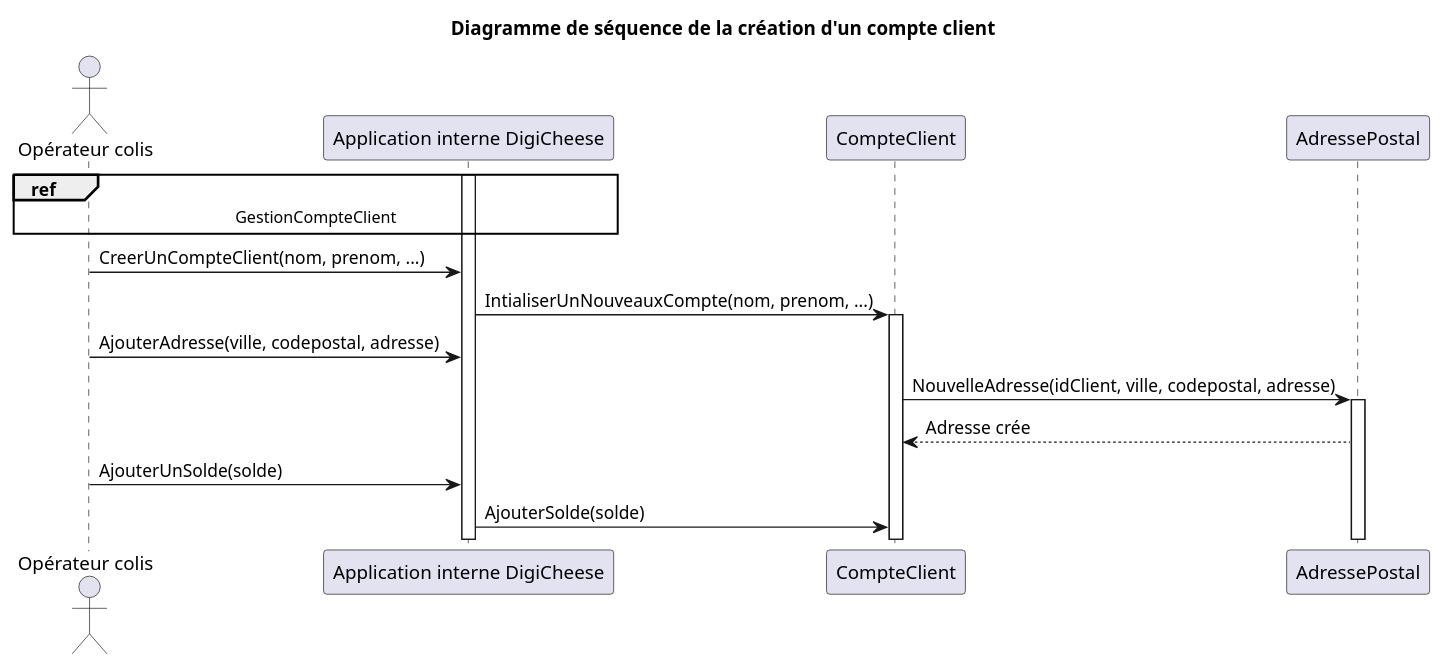
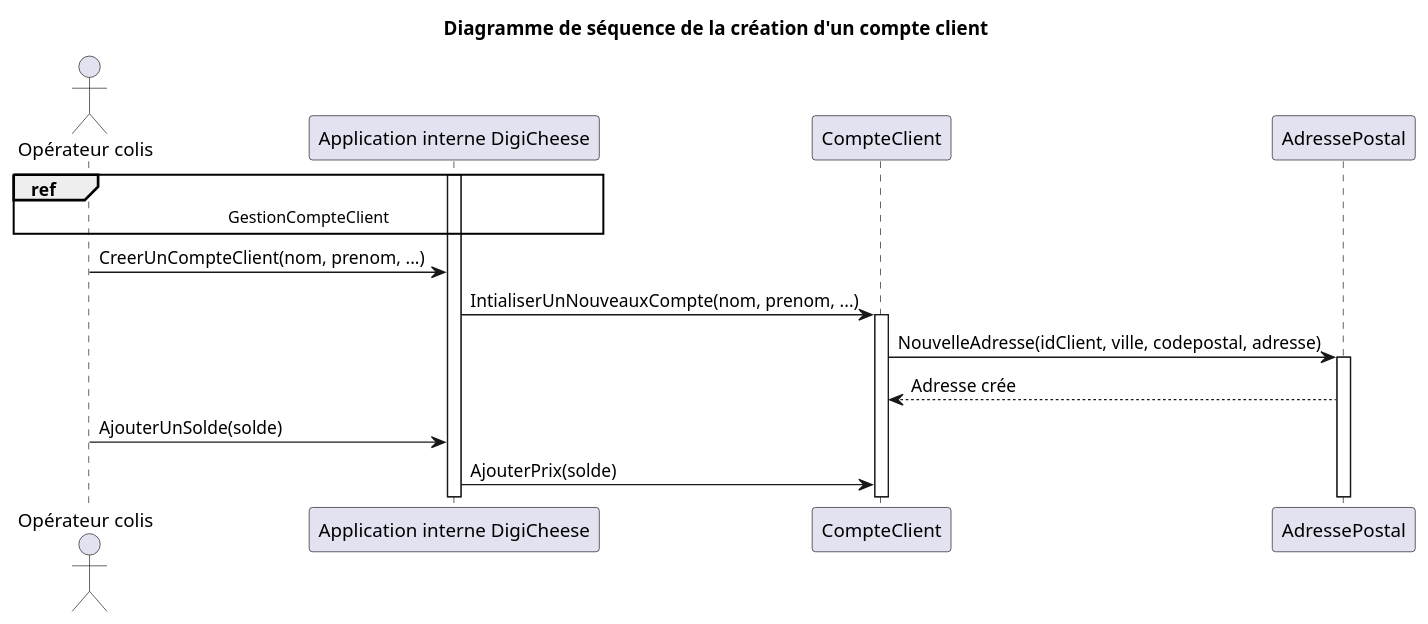
The diagram in Cas_séquence/DS_Creation_Compte_Client.puml (Bluwen/Conception_d_une_application_informatique), drawn with PlantUML before and after one commit. The commit also changed 6 other files, not shown here.

```diff
--- a/Cas_séquence/DS_Creation_Compte_Client.puml
+++ b/Cas_séquence/DS_Creation_Compte_Client.puml
@@ -1,27 +1,27 @@
 @startuml Diagramme de séquence de la création d'un compte client
 
 actor "Opérateur colis"
 
 '"Opérateur colis" -> "Application interne DigiCheese" : RechercherUnClient(nom,prenom)
 'activate "Application interne DigiCheese"
 '"Application interne DigiCheese" -> "Application interne DigiCheese" : ChercherCompteClient(nom,prenom)
 '"Application interne DigiCheese" --> "Application interne DigiCheese" : Compte client non trouver
 '"Application interne DigiCheese" --> "Opérateur colis" : Client non trouver
 
 ref over "Opérateur colis", "Application interne DigiCheese" : GestionCompteClient
 activate "Application interne DigiCheese"
 
 "Opérateur colis" -> "Application interne DigiCheese" : CreerUnCompteClient(nom, prenom, ...)
 "Application interne DigiCheese" ->  CompteClient : IntialiserUnNouveauxCompte(nom, prenom, ...)
 activate CompteClient
 
-"Opérateur colis" -> "Application interne DigiCheese" : AjouterAdresse(ville, codepostal, adresse)
+'"Opérateur colis" -> "Application interne DigiCheese" : AjouterAdresse(ville, codepostal, adresse)
 CompteClient -> AdressePostal : NouvelleAdresse(idClient, ville, codepostal, adresse)
 activate AdressePostal
 AdressePostal --> CompteClient : Adresse crée
 
 "Opérateur colis" -> "Application interne DigiCheese" : AjouterUnSolde(solde)
-"Application interne DigiCheese" -> CompteClient : AjouterSolde(solde)
+"Application interne DigiCheese" -> CompteClient : AjouterPrix(solde)
 
 title Diagramme de séquence de la création d'un compte client
 @enduml
```
